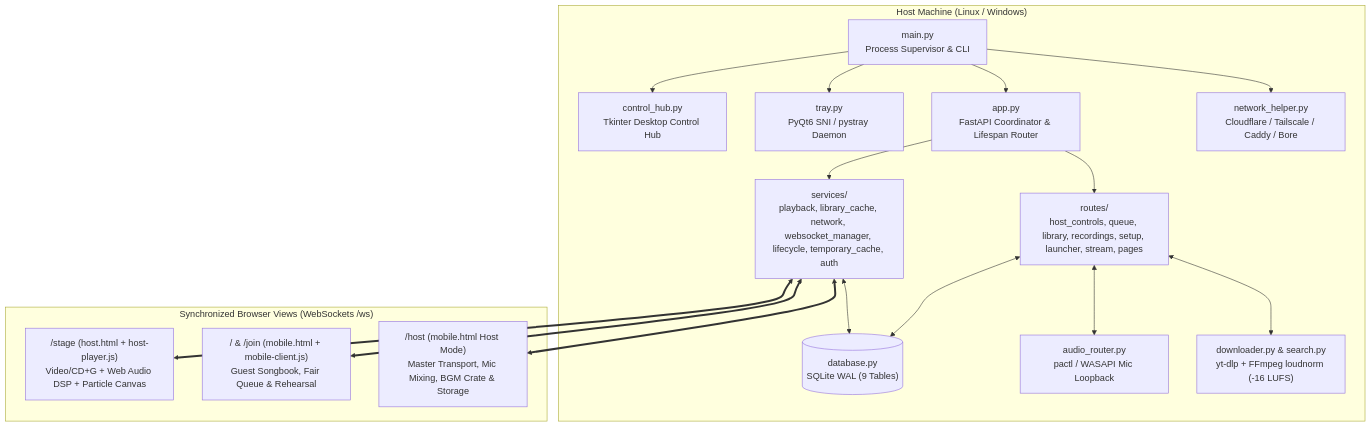
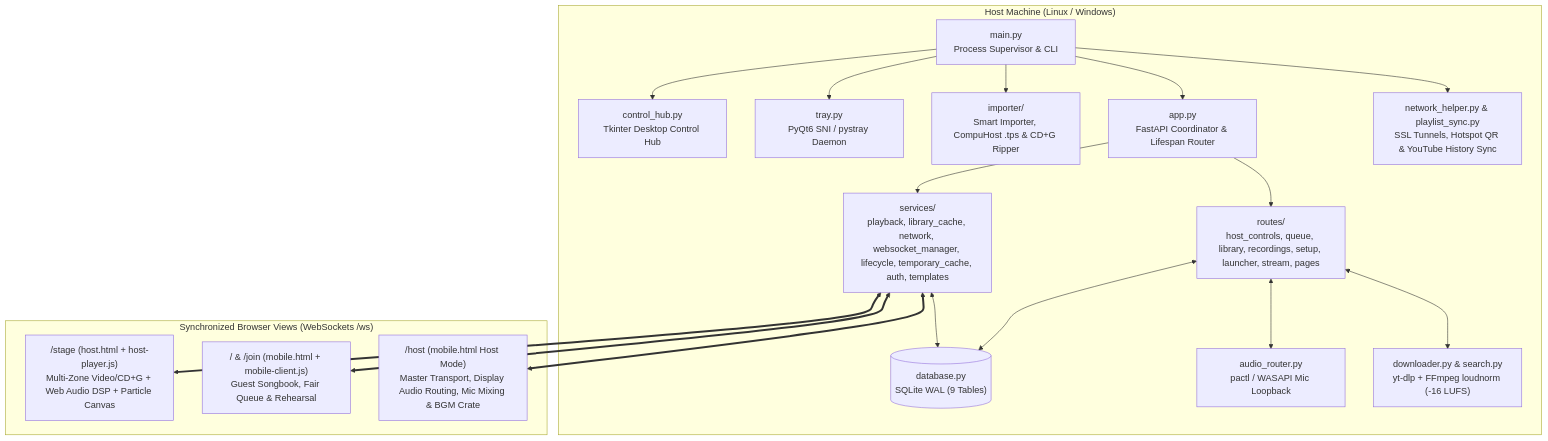
The diagram in README.md (Todd0042/tiki-karaoke), drawn with Mermaid before and after one commit. The commit also changed other lines of this file, not shown here.

Commit message:
docs(readme): verify all file/symbol links and document multi-zone stage displays, remote gig topology, and playlist sync

````diff
--- a/README.md
+++ b/README.md
@@ -167,35 +168,37 @@
 ```mermaid
 flowchart TB
     subgraph HostPC["Host Machine (Linux / Windows)"]
         Main["main.py<br/>Process Supervisor & CLI"]
         Hub["control_hub.py<br/>Tkinter Desktop Control Hub"]
         Tray["tray.py<br/>PyQt6 SNI / pystray Daemon"]
+        Importer["importer/<br/>Smart Importer, CompuHost .tps & CD+G Ripper"]
         FastAPI["app.py<br/>FastAPI Coordinator & Lifespan Router"]
         Routes["routes/<br/>host_controls, queue, library, recordings, setup, launcher, stream, pages"]
-        Services["services/<br/>playback, library_cache, network, websocket_manager, lifecycle, temporary_cache, auth"]
+        Services["services/<br/>playback, library_cache, network, websocket_manager, lifecycle, temporary_cache, auth, templates"]
         DB[("database.py<br/>SQLite WAL (9 Tables)")]
         AudioRouter["audio_router.py<br/>pactl / WASAPI Mic Loopback"]
         Downloader["downloader.py & search.py<br/>yt-dlp + FFmpeg loudnorm (-16 LUFS)"]
-        Net["network_helper.py<br/>Cloudflare / Tailscale / Caddy / Bore"]
+        Net["network_helper.py & playlist_sync.py<br/>SSL Tunnels, Hotspot QR & YouTube History Sync"]
     end
 
     subgraph Clients["Synchronized Browser Views (WebSockets /ws)"]
-        Stage["/stage (host.html + host-player.js)<br/>Video/CD+G + Web Audio DSP + Particle Canvas"]
+        Stage["/stage (host.html + host-player.js)<br/>Multi-Zone Video/CD+G + Web Audio DSP + Particle Canvas"]
         Mobile["/ & /join (mobile.html + mobile-client.js)<br/>Guest Songbook, Fair Queue & Rehearsal"]
-        HostDesk["/host (mobile.html Host Mode)<br/>Master Transport, Mic Mixing, BGM Crate & Storage"]
+        HostDesk["/host (mobile.html Host Mode)<br/>Master Transport, Display Audio Routing, Mic Mixing & BGM Crate"]
     end
 
     Main --> Hub
     Main --> Tray
+    Main --> Importer
     Main --> FastAPI
     FastAPI --> Routes
     FastAPI --> Services
     Routes <--> DB
     Routes <--> AudioRouter
     Routes <--> Downloader
     Services <--> DB
     Main --> Net
     Services <==> Stage
     Services <==> Mobile
     Services <==> HostDesk
 ```
````
